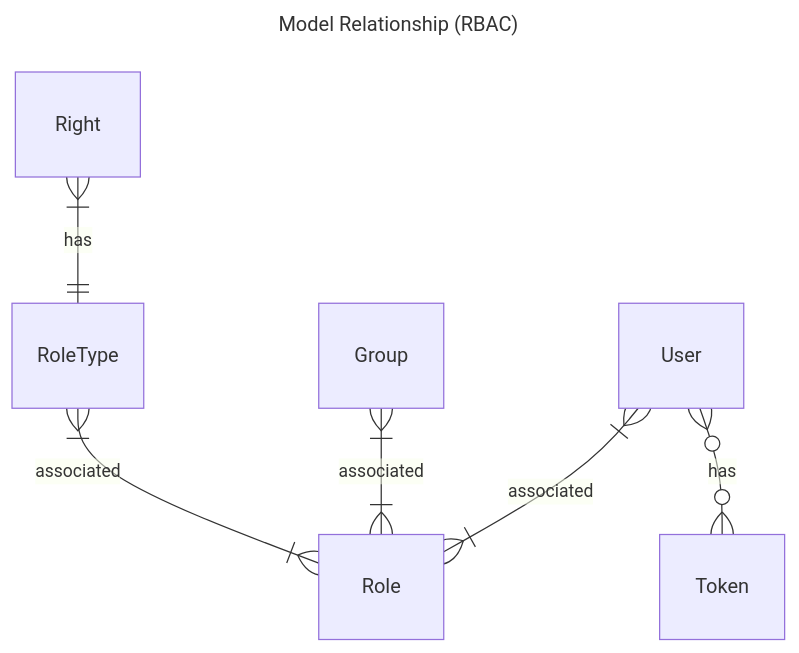
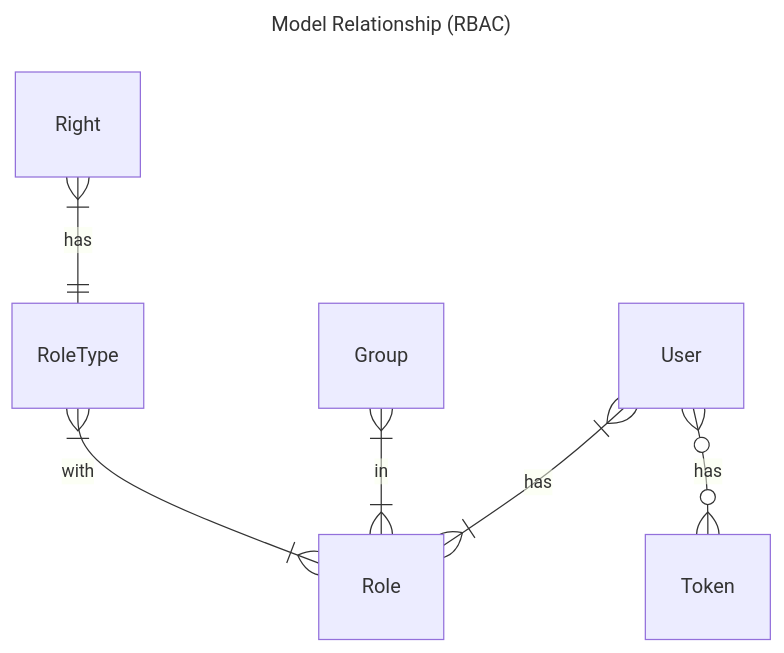
The first of 2 diagrams in docs/global/users/index.md (Valbou/vtaskr-backend), drawn with Mermaid before and after one commit. The commit also changed other lines of this file, not shown here.

Commit message:
doc: fix users mermaid

````diff
--- a/docs/global/users/index.md
+++ b/docs/global/users/index.md
@@ -26,11 +26,11 @@
 ```mermaid
 ---
 title: Model Relationship (RBAC)
 ---
 erDiagram
     Right }|--|| RoleType: has
-    User }|--|{ Role: associated
-    Group }|--|{ Role: associated
-    RoleType }|--|{ Role: associated
+    User }|--|{ Role: has
+    Group }|--|{ Role: in
+    RoleType }|--|{ Role: with
     User }o--o{ Token: has
 ```
````
